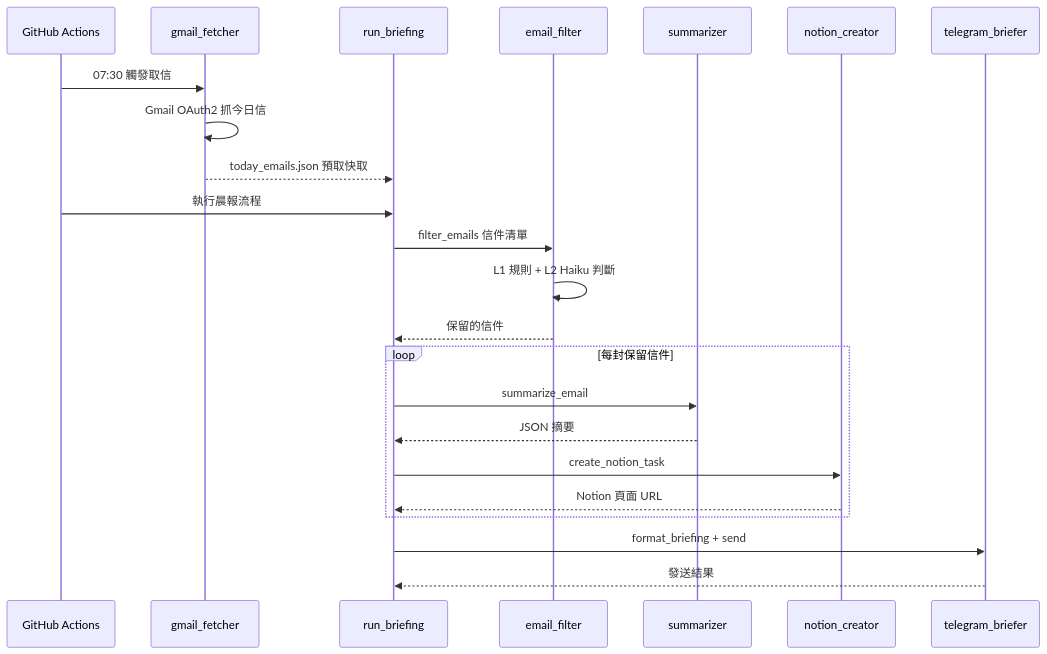
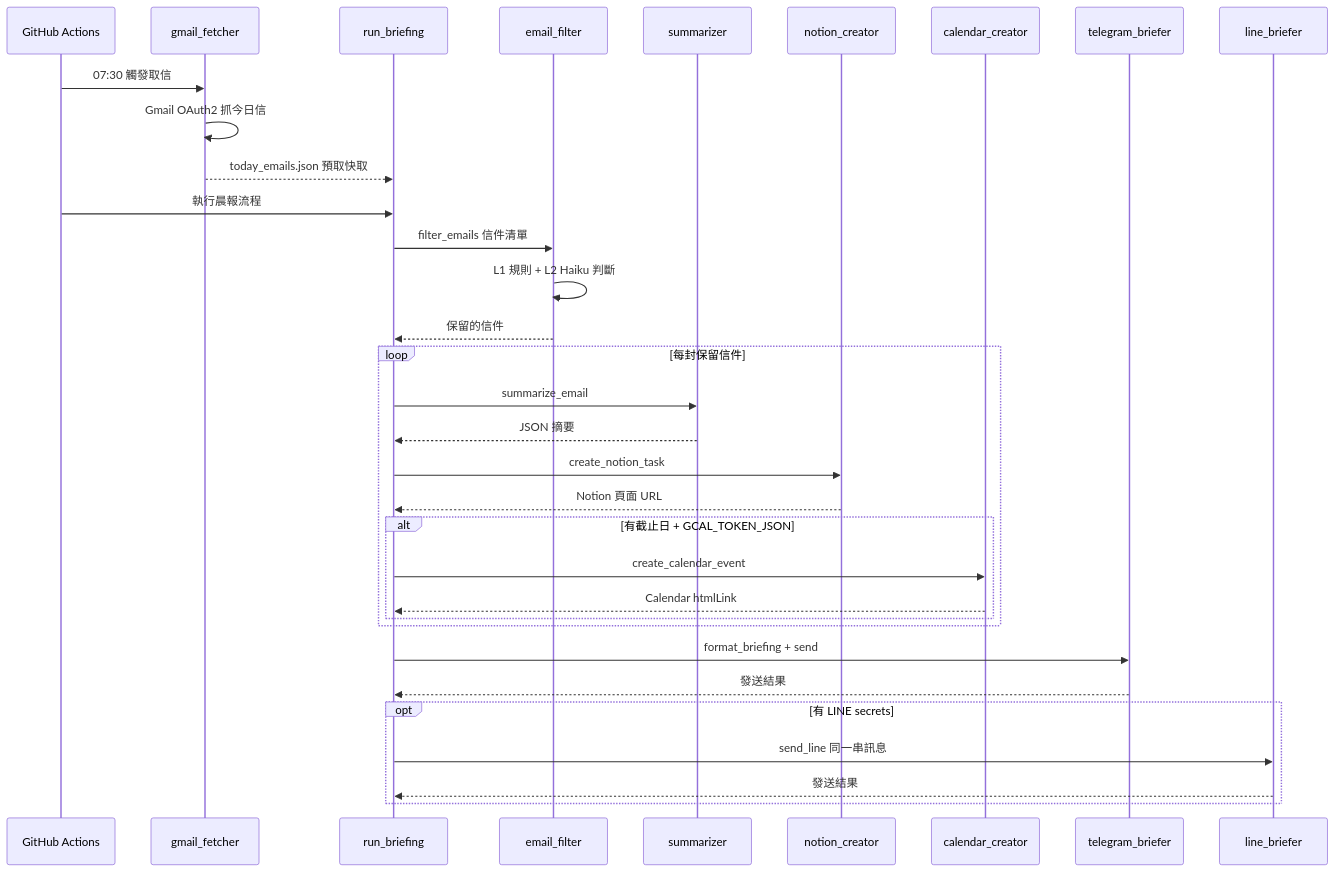
Before and after one commit to chenghyang2001/email-automation-demo: the diagram in mermaid/20260618-email-automation/mmd/email-automation-04-序列圖.mmd, drawn with Mermaid. The commit also changed 12 other files, not shown here.

First line of the commit message:
同步文件與圖表：輸出管道加入 LINE + Google Calendar

```diff
--- a/mermaid/20260618-email-automation/mmd/email-automation-04-序列圖.mmd
+++ b/mermaid/20260618-email-automation/mmd/email-automation-04-序列圖.mmd
@@ -1,23 +1,33 @@
 sequenceDiagram
     participant Cron as GitHub Actions
     participant GF as gmail_fetcher
     participant RB as run_briefing
     participant EF as email_filter
     participant SM as summarizer
     participant NC as notion_creator
+    participant CAL as calendar_creator
     participant TG as telegram_briefer
+    participant LN as line_briefer
     Cron->>GF: 07:30 觸發取信
     GF->>GF: Gmail OAuth2 抓今日信
     GF-->>RB: today_emails.json 預取快取
     Cron->>RB: 執行晨報流程
     RB->>EF: filter_emails 信件清單
     EF->>EF: L1 規則 + L2 Haiku 判斷
     EF-->>RB: 保留的信件
     loop 每封保留信件
         RB->>SM: summarize_email
         SM-->>RB: JSON 摘要
         RB->>NC: create_notion_task
         NC-->>RB: Notion 頁面 URL
+        alt 有截止日 + GCAL_TOKEN_JSON
+            RB->>CAL: create_calendar_event
+            CAL-->>RB: Calendar htmlLink
+        end
     end
     RB->>TG: format_briefing + send
     TG-->>RB: 發送結果
+    opt 有 LINE secrets
+        RB->>LN: send_line 同一串訊息
+        LN-->>RB: 發送結果
+    end
```
